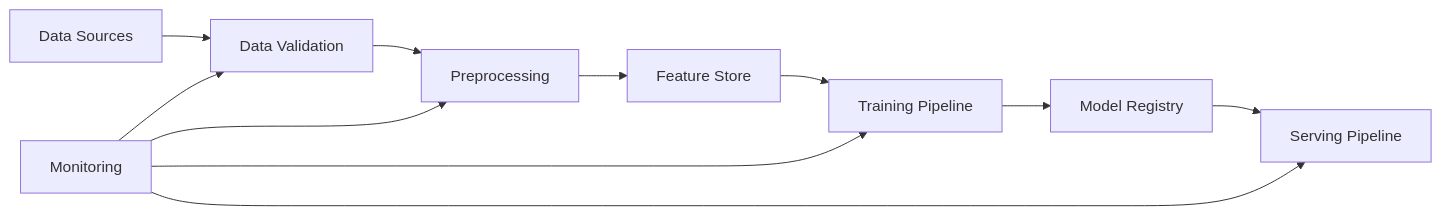
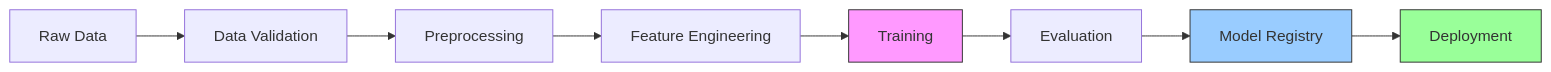
The diagram in docs/wiki/ML-Pipeline.md (alphonsowoodbury/RxVision), drawn with Mermaid before and after one commit. The commit also changed other lines of this file and 10 other files, not shown here.

````diff
--- a/docs/wiki/ML-Pipeline.md
+++ b/docs/wiki/ML-Pipeline.md
@@ -6,10 +5,14 @@
 ```mermaid
 graph LR
-    A[Data Sources] --> B[Data Validation]
+    A[Raw Data] --> B[Data Validation]
     B --> C[Preprocessing]
-    C --> D[Feature Store]
-    D --> E[Training Pipeline]
-    E --> F[Model Registry]
-    F --> G[Serving Pipeline]
-    H[Monitoring] --> B & C & E & G
+    C --> D[Feature Engineering]
+    D --> E[Training]
+    E --> F[Evaluation]
+    F --> G[Model Registry]
+    G --> H[Deployment]
+    
+    style E fill:#f9f,stroke:#333
+    style G fill:#9cf,stroke:#333
+    style H fill:#9f9,stroke:#333
 ```
````
